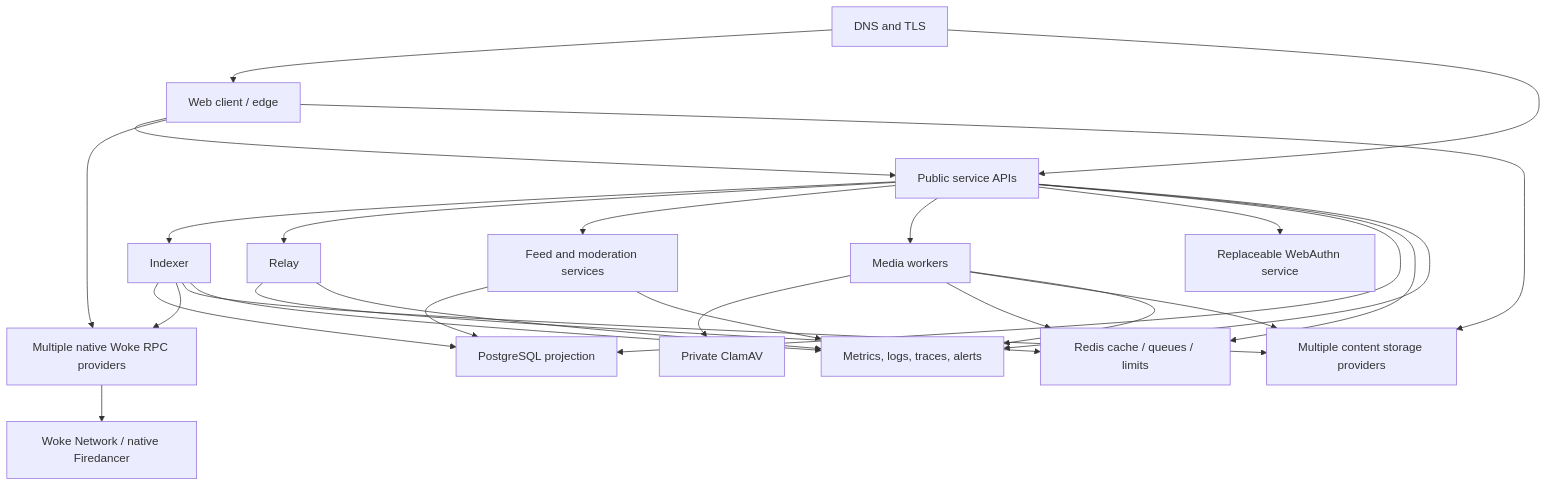
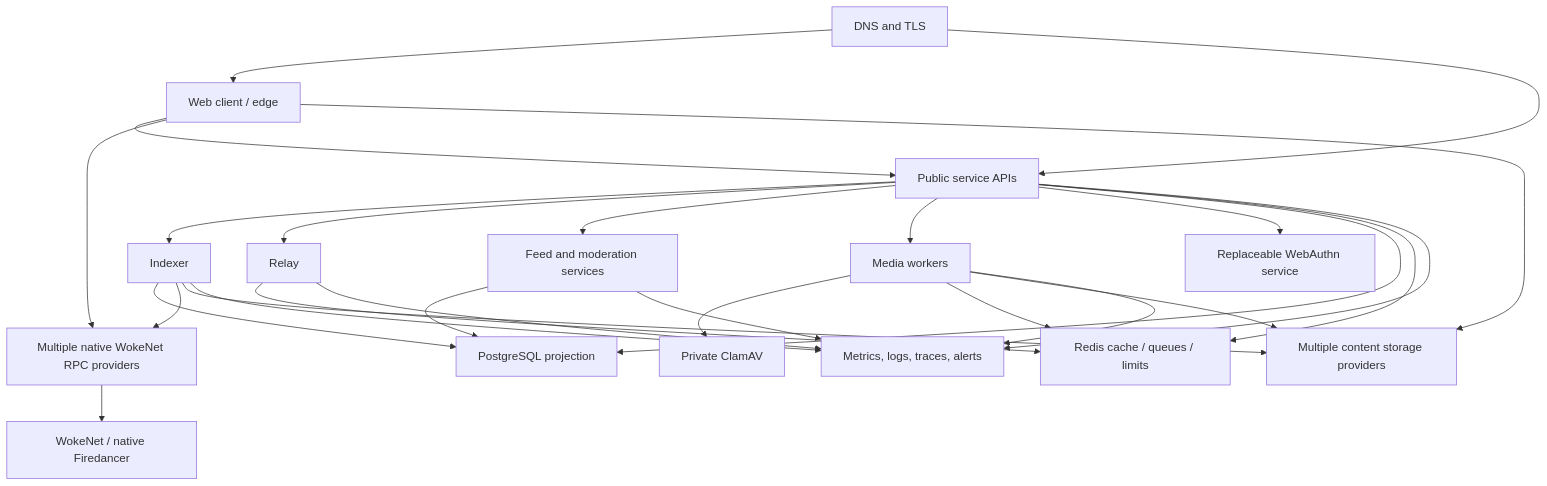
One commit to droolson/wetdrool changed the diagram in docs/DEPLOYMENT.md. Above: the diagram before and after it, drawn with Mermaid. The commit also changed other lines of this file and 312 other files, not shown here.

Commit message:
feat: complete WokeSocial and WokeNet migration

````diff
--- a/docs/DEPLOYMENT.md
+++ b/docs/DEPLOYMENT.md
@@ -72,45 +72,45 @@
 ```mermaid
 flowchart TB
     DNS["DNS and TLS"]
     WEB["Web client / edge"]
     API["Public service APIs"]
     IDX["Indexer"]
     REL["Relay"]
     FEED["Feed and moderation services"]
     MEDIA["Media workers"]
     CLAM["Private ClamAV"]
     AUTH["Replaceable WebAuthn service"]
     PG["PostgreSQL projection"]
     REDIS["Redis cache / queues / limits"]
-    RPC["Multiple native Woke RPC providers"]
-    WN["Woke Network / native Firedancer"]
+    RPC["Multiple native WokeNet RPC providers"]
+    WN["WokeNet / native Firedancer"]
     STORAGE["Multiple content storage providers"]
     OBS["Metrics, logs, traces, alerts"]
 
     DNS --> WEB
     DNS --> API
     WEB --> API
     WEB --> RPC
     WEB --> STORAGE
     API --> IDX
     API --> REL
     API --> FEED
     API --> MEDIA
     API --> AUTH
     MEDIA --> CLAM
     IDX --> PG
     FEED --> PG
     API --> PG
     API --> REDIS
     REL --> REDIS
     MEDIA --> REDIS
     IDX --> RPC
     RPC --> WN
     MEDIA --> STORAGE
     IDX --> STORAGE
     API --> OBS
     IDX --> OBS
     REL --> OBS
     FEED --> OBS
     MEDIA --> OBS
 ```
````
